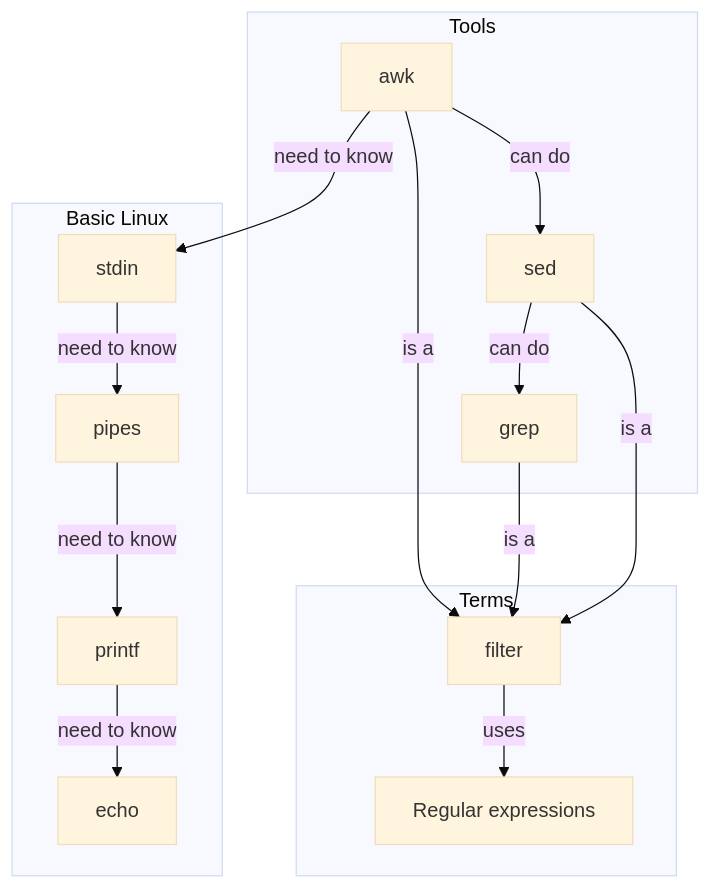
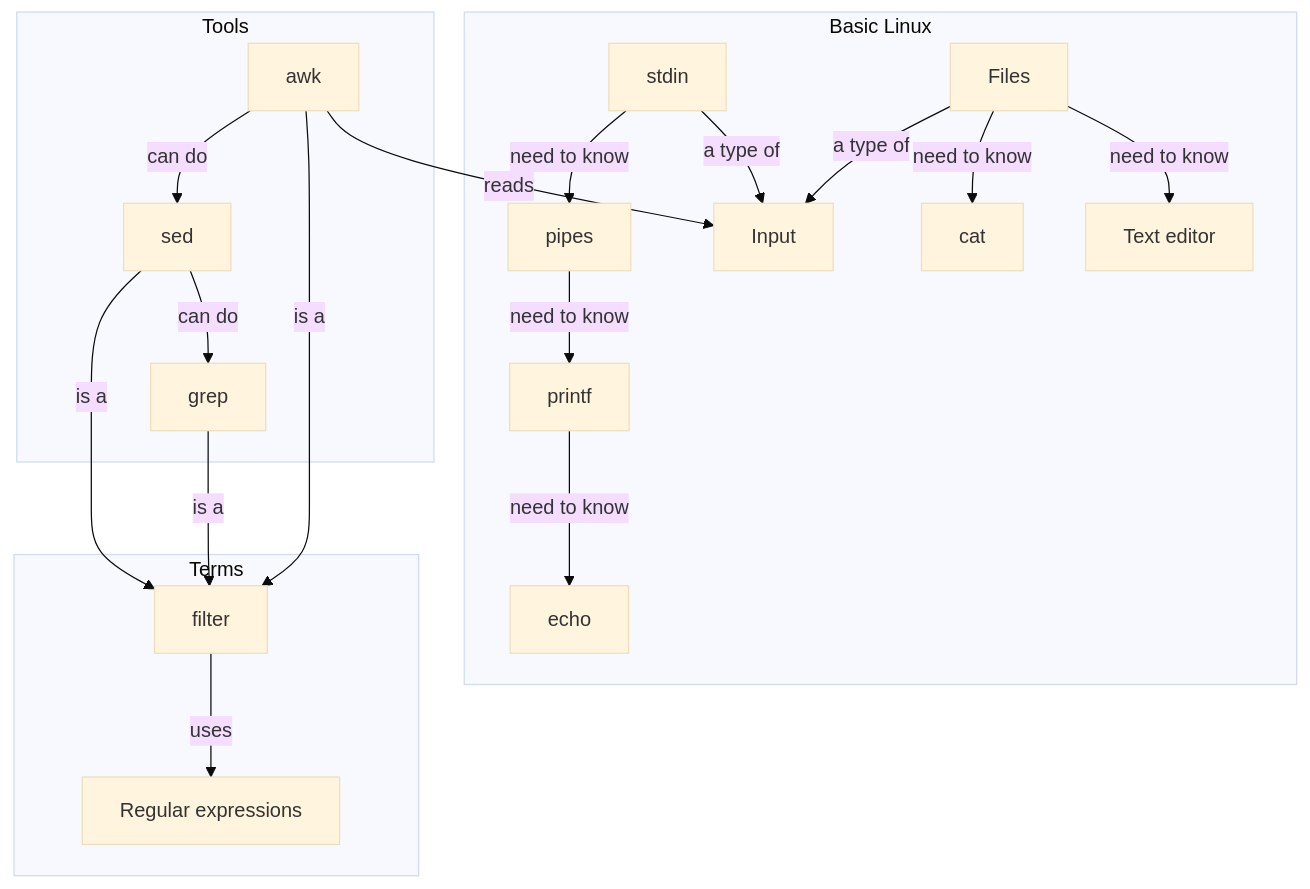
Before and after one commit to richelbilderbeek/awk_course: the diagram in docs/morning_session/overview.md, drawn with Mermaid (base theme).

Commit message:
Better overview

````diff
--- a/docs/morning_session/overview.md
+++ b/docs/morning_session/overview.md
@@ -30,37 +30,45 @@
 ```mermaid
 flowchart TD
 
   subgraph tools[Tools]
     awk
     sed
     grep
   end
   subgraph basic_linux[Basic Linux]
     pipes
     echo
     printf
     stdin
+    files[Files]
+    input[Input]
+    cat
+    editor[Text editor]
   end
   subgraph terms[Terms]
     regex[Regular expressions]
     filter
   end
 
   %% Tools
   awk --> |can do| sed 
   sed --> |can do| grep
   %% grep --> |uses| regex
 
   %% Basic Linux
   stdin --> |need to know| pipes
   printf --> |need to know| echo
   pipes --> |need to know| printf
-  awk --> |need to know| stdin
-
+  files --> |need to know| cat
+  files --> |need to know| editor
+  files --> |a type of| input
+  stdin --> |a type of| input
+  awk --> |reads| input
+ 
   %% Terms
   %% awk --> |need to know| regex
   awk --> |is a| filter
   grep --> |is a| filter
   sed --> |is a| filter
   filter --> |uses| regex
 ```
````
